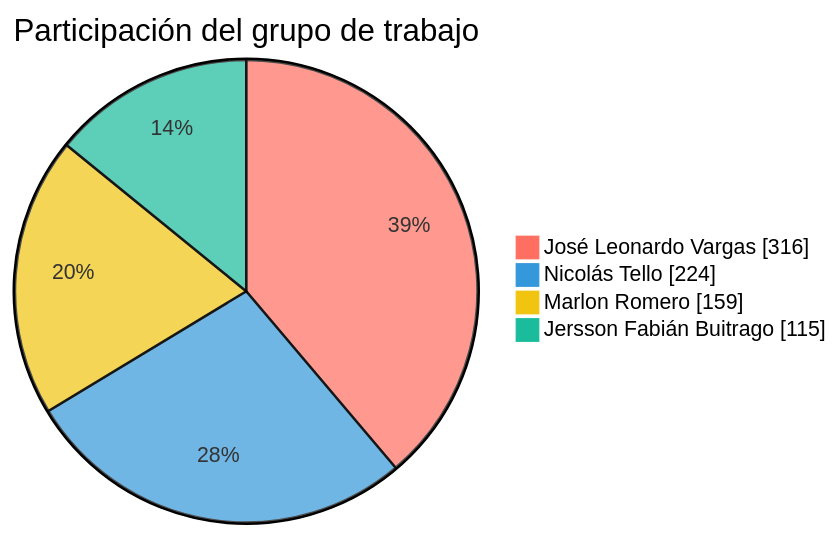
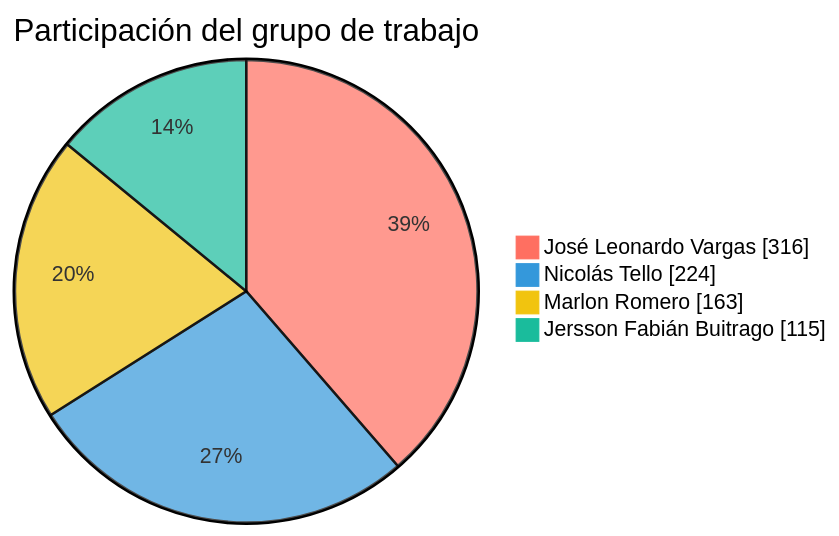
Before and after one commit to FarmaExpres/FarmaExpres: the first of 2 diagrams in README.md, drawn with Mermaid. The commit also changed other lines of this file and 1 other file, not shown here.

````diff
--- a/README.md
+++ b/README.md
@@ -391,9 +391,9 @@
 ```mermaid
 %%{init: {"themeVariables": {"pie1": "#ff6f61", "pie2": "#3498db", "pie3": "#f1c40f", "pie4": "#1abc9c", "pieLabelColor": "#000000", "pieLabelFontSize": "24px", "pieLabelFontWeight": "700"}}}%%
 pie showData
     title Participación del grupo de trabajo
     "José Leonardo Vargas" : 316
     "Nicolás Tello" : 224
-    "Marlon Romero" : 159
+    "Marlon Romero" : 163
     "Jersson Fabián Buitrago" : 115
 ```
````
